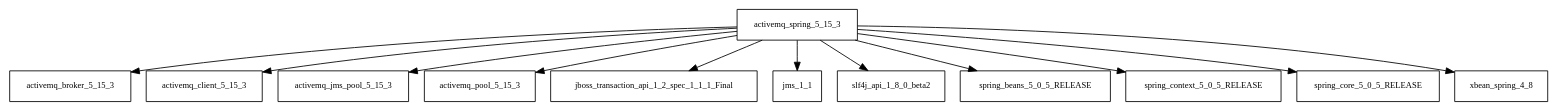
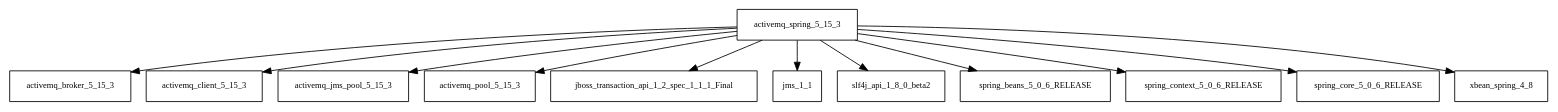
The diagram in tattleTaleReport/graphviz/activemq-spring-5.15.3.jar/activemq-spring-5.15.3.jar.dot (sjvs/cia), drawn with Graphviz before and after one commit. The commit also changed 2298 other files, not shown here.

```diff
--- a/tattleTaleReport/graphviz/activemq-spring-5.15.3.jar/activemq-spring-5.15.3.jar.dot
+++ b/tattleTaleReport/graphviz/activemq-spring-5.15.3.jar/activemq-spring-5.15.3.jar.dot
@@ -1,14 +1,14 @@
 digraph activemq_spring_5_15_3_dependencies {
   node [shape = box, fontsize=10.0];
   activemq_spring_5_15_3 -> activemq_broker_5_15_3;
   activemq_spring_5_15_3 -> activemq_client_5_15_3;
   activemq_spring_5_15_3 -> activemq_jms_pool_5_15_3;
   activemq_spring_5_15_3 -> activemq_pool_5_15_3;
   activemq_spring_5_15_3 -> jboss_transaction_api_1_2_spec_1_1_1_Final;
   activemq_spring_5_15_3 -> jms_1_1;
   activemq_spring_5_15_3 -> slf4j_api_1_8_0_beta2;
-  activemq_spring_5_15_3 -> spring_beans_5_0_5_RELEASE;
-  activemq_spring_5_15_3 -> spring_context_5_0_5_RELEASE;
-  activemq_spring_5_15_3 -> spring_core_5_0_5_RELEASE;
+  activemq_spring_5_15_3 -> spring_beans_5_0_6_RELEASE;
+  activemq_spring_5_15_3 -> spring_context_5_0_6_RELEASE;
+  activemq_spring_5_15_3 -> spring_core_5_0_6_RELEASE;
   activemq_spring_5_15_3 -> xbean_spring_4_8;
 }
```
